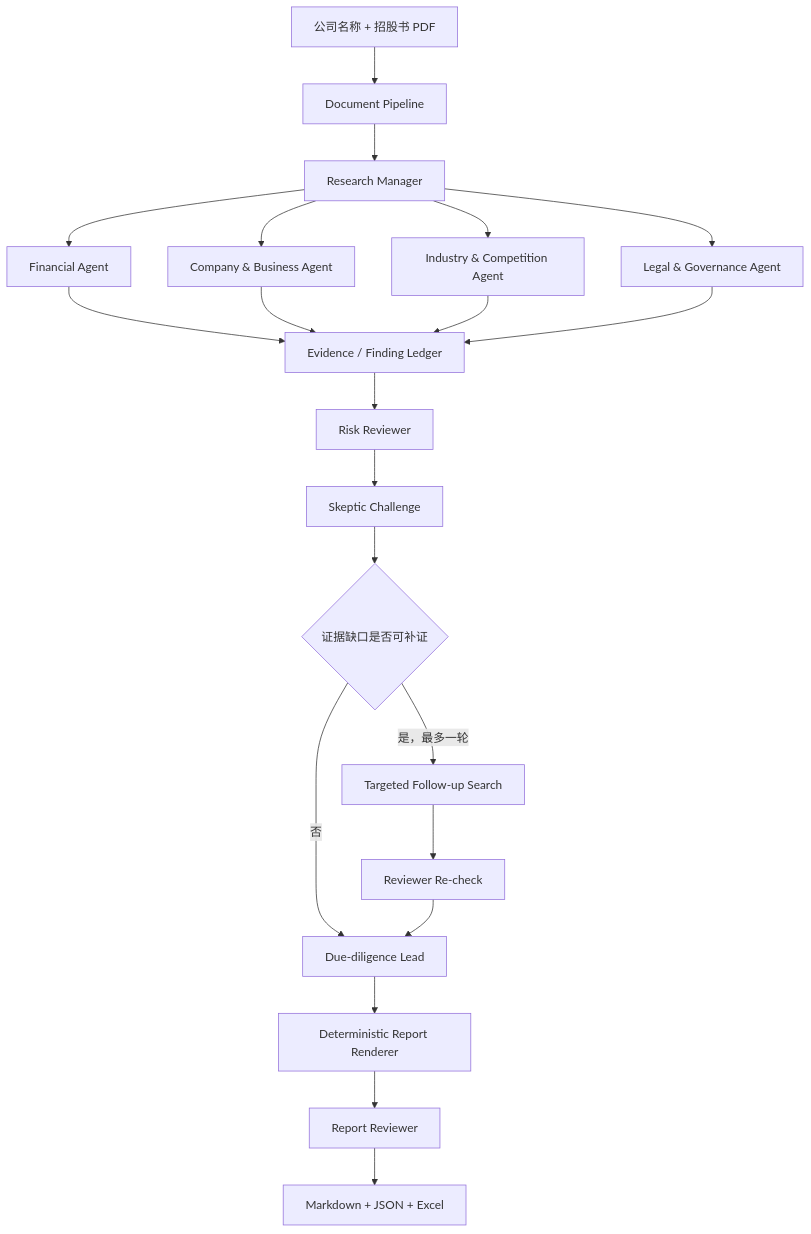
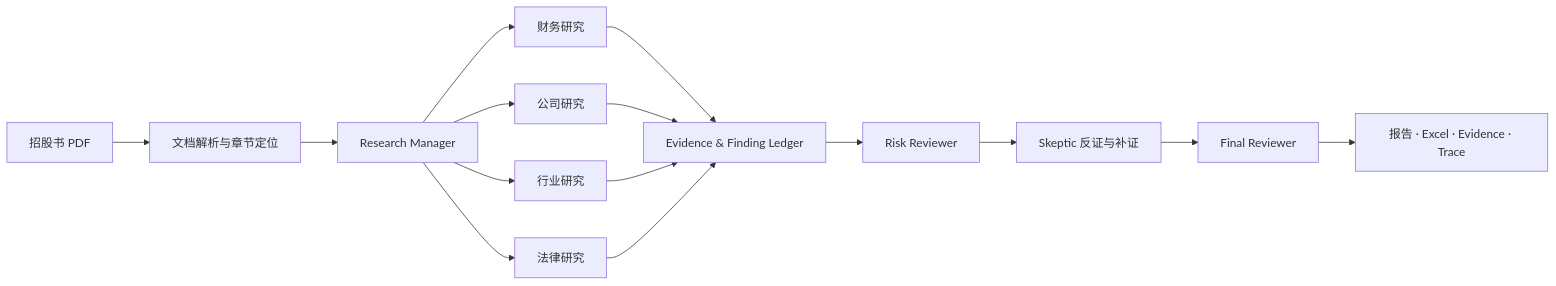
The diagram in README.md (alexa0030/IPO-Multi-Agent), drawn with Mermaid before and after one commit. The commit also changed other lines of this file and 1 other file, not shown here.

````diff
--- a/README.md
+++ b/README.md
@@ -61,23 +65,17 @@
 ```mermaid
-flowchart TD
-    A[公司名称 + 招股书 PDF] --> B[Document Pipeline]
+flowchart LR
+    A[招股书 PDF] --> B[文档解析与章节定位]
     B --> C[Research Manager]
-    C --> D[Financial Agent]
-    C --> E[Company & Business Agent]
-    C --> F[Industry & Competition Agent]
-    C --> G[Legal & Governance Agent]
-    D --> H[Evidence / Finding Ledger]
+    C --> D[财务研究]
+    C --> E[公司研究]
+    C --> F[行业研究]
+    C --> G[法律研究]
+    D --> H[Evidence & Finding Ledger]
     E --> H
     F --> H
     G --> H
     H --> I[Risk Reviewer]
-    I --> J[Skeptic Challenge]
-    J --> K{证据缺口是否可补证}
-    K -->|是，最多一轮| L[Targeted Follow-up Search]
-    L --> M[Reviewer Re-check]
-    K -->|否| N[Due-diligence Lead]
-    M --> N
-    N --> O[Deterministic Report Renderer]
-    O --> P[Report Reviewer]
-    P --> Q[Markdown + JSON + Excel]
+    I --> J[Skeptic 反证与补证]
+    J --> K[Final Reviewer]
+    K --> L[报告 · Excel · Evidence · Trace]
 ```
````
